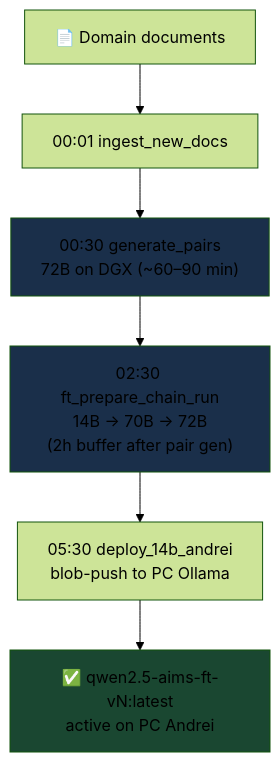
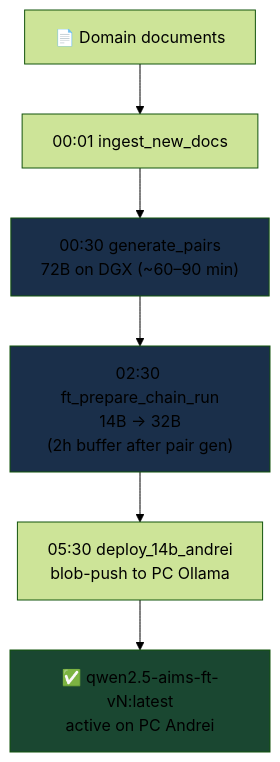
One commit to AxiOMSphereAssistanceAIMS/AxiOMSphere changed diagram 11 of 12 in README.md. Above: the diagram before and after it, drawn with Mermaid (forest theme). The commit also changed other lines of this file, not shown here.

````diff
--- a/README.md
+++ b/README.md
@@ -550,11 +550,11 @@
 ```mermaid
 flowchart TD
     DOCS["📄 Domain documents"] --> INGEST["00:01 ingest_new_docs"]
     INGEST --> PAIRS["00:30 generate_pairs\n72B on DGX (~60–90 min)"]
-    PAIRS --> FT["02:30 ft_prepare_chain_run\n14B → 70B → 72B\n(2h buffer after pair gen)"]
+    PAIRS --> FT["02:30 ft_prepare_chain_run\n14B → 32B\n(2h buffer after pair gen)"]
     FT --> DEPLOY["05:30 deploy_14b_andrei\nblob-push to PC Ollama"]
     DEPLOY --> BOT["✅ qwen2.5-aims-ft-vN:latest\nactive on PC Andrei"]
     style PAIRS fill:#1a2f4a
     style FT fill:#1a2f4a
     style BOT fill:#1a4731
 ```
````
